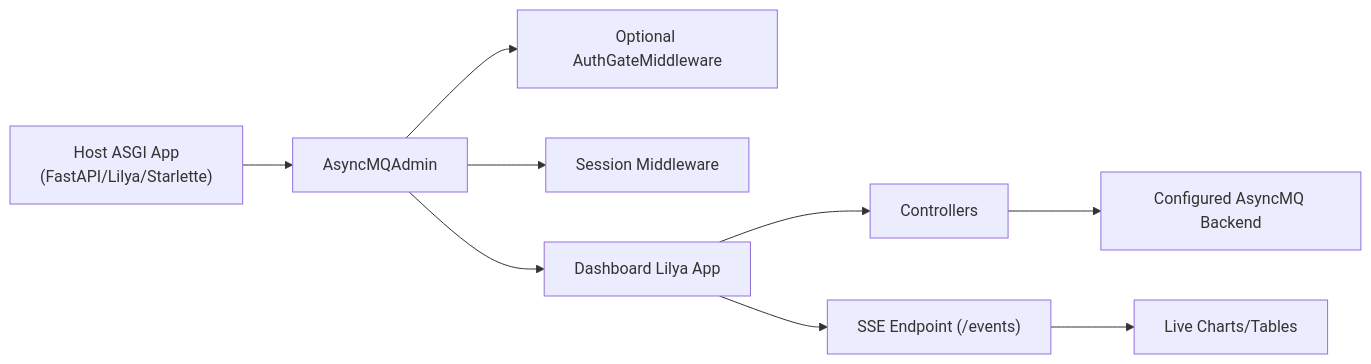
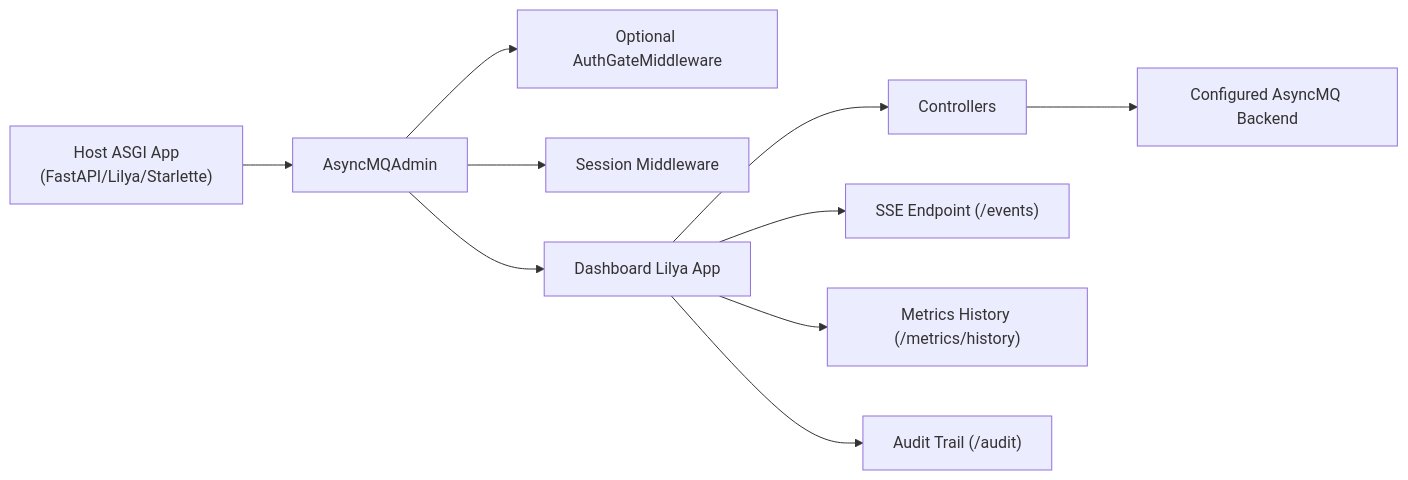
One commit to dymmond/asyncmq changed the first of 3 diagrams in docs/en/docs/dashboard/dashboard.md. Above: the diagram before and after it, drawn with Mermaid. The commit also changed other lines of this file and 30 other files, not shown here.

````diff
--- a/docs/en/docs/dashboard/dashboard.md
+++ b/docs/en/docs/dashboard/dashboard.md
@@ -16,11 +24,12 @@
 ```mermaid
 flowchart LR
     A["Host ASGI App\n(FastAPI/Lilya/Starlette)"] --> B["AsyncMQAdmin"]
     B --> C["Optional AuthGateMiddleware"]
     B --> D["Session Middleware"]
     B --> E["Dashboard Lilya App"]
     E --> F["Controllers"]
     F --> G["Configured AsyncMQ Backend"]
     E --> H["SSE Endpoint (/events)"]
-    H --> I["Live Charts/Tables"]
+    E --> I["Metrics History (/metrics/history)"]
+    E --> J["Audit Trail (/audit)"]
 ```
````
